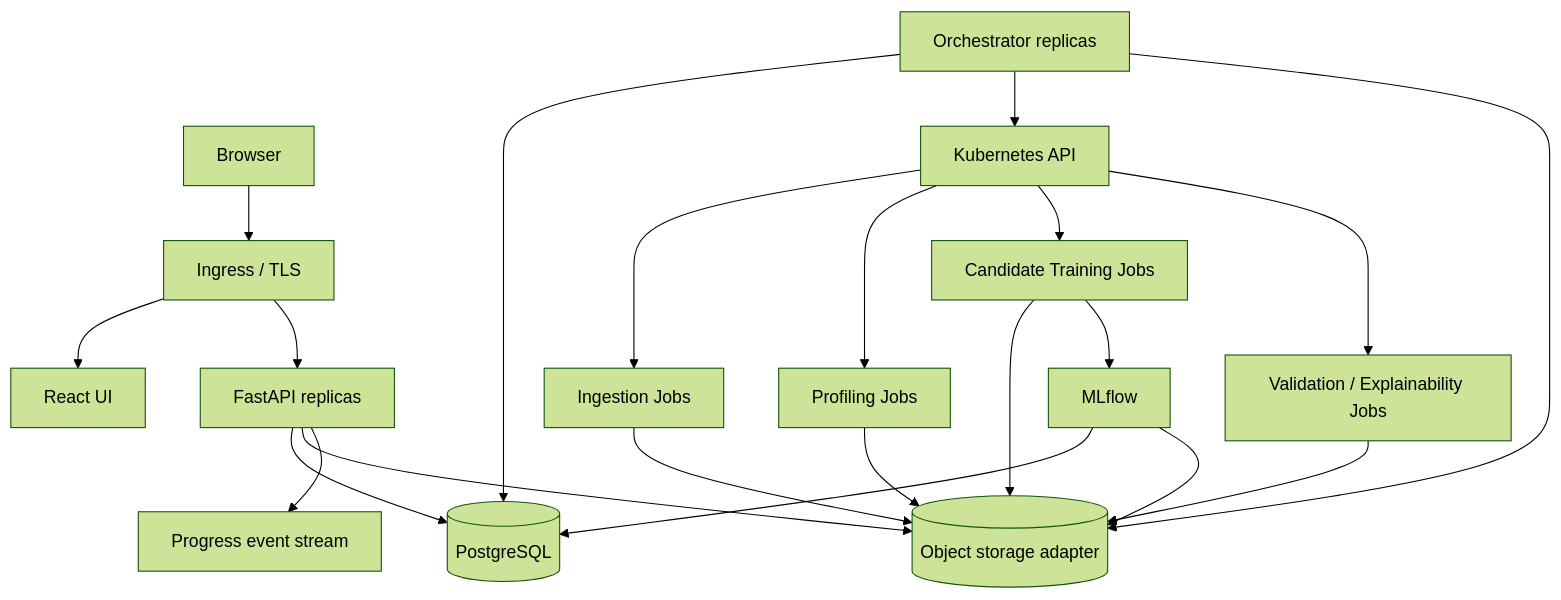
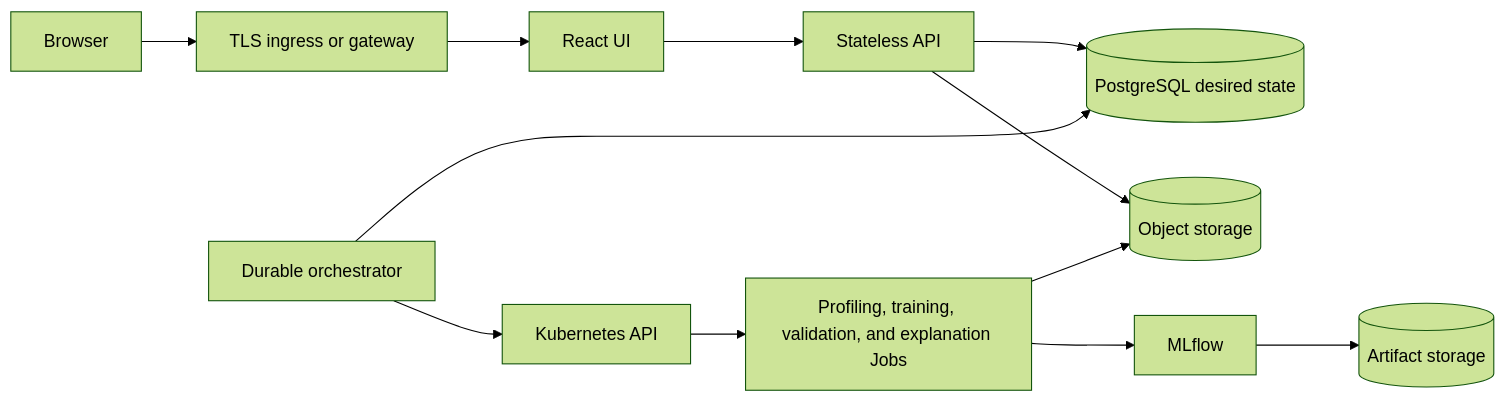
Before and after one commit to CharlesMaponya/sceptreAI: the diagram in docs/production-readiness/README.md, drawn with Mermaid (forest theme). The commit also changed other lines of this file and 18 other files, not shown here.

First line of the commit message:
fix: update PostgreSQL command in migrations.yaml to specify user and database

````diff
--- a/docs/production-readiness/README.md
+++ b/docs/production-readiness/README.md
@@ -128,27 +282,16 @@
 ```mermaid
-flowchart TB
-    USER[Browser] --> EDGE[Ingress / TLS]
-    EDGE --> WEB[React UI]
-    EDGE --> API[FastAPI replicas]
+flowchart LR
+    USER[Browser] --> EDGE[TLS ingress or gateway]
+    EDGE --> UI[React UI]
+    UI --> API[Stateless API]
+    API --> PG[(PostgreSQL desired state)]
+    API --> OBJ[(Object storage)]
 
-    API --> PG[(PostgreSQL)]
-    API --> OBJ[(Object storage adapter)]
-    API --> EVENTS[Progress event stream]
+    ORCH[Durable orchestrator] --> PG
+    ORCH --> K8S[Kubernetes API]
+    K8S --> JOBS[Profiling, training, validation, and explanation Jobs]
 
-    ORCH[Orchestrator replicas] --> PG
-    ORCH --> K8S[Kubernetes API]
-    ORCH --> OBJ
-
-    K8S --> INGEST[Ingestion Jobs]
-    K8S --> PROFILE[Profiling Jobs]
-    K8S --> TRAIN[Candidate Training Jobs]
-    K8S --> ANALYSIS[Validation / Explainability Jobs]
-
-    INGEST --> OBJ
-    PROFILE --> OBJ
-    TRAIN --> OBJ
-    TRAIN --> MLFLOW[MLflow]
-    ANALYSIS --> OBJ
-    MLFLOW --> PG
-    MLFLOW --> OBJ
+    JOBS --> OBJ
+    JOBS --> MLFLOW[MLflow]
+    MLFLOW --> ARTIFACTS[(Artifact storage)]
 ```
````
